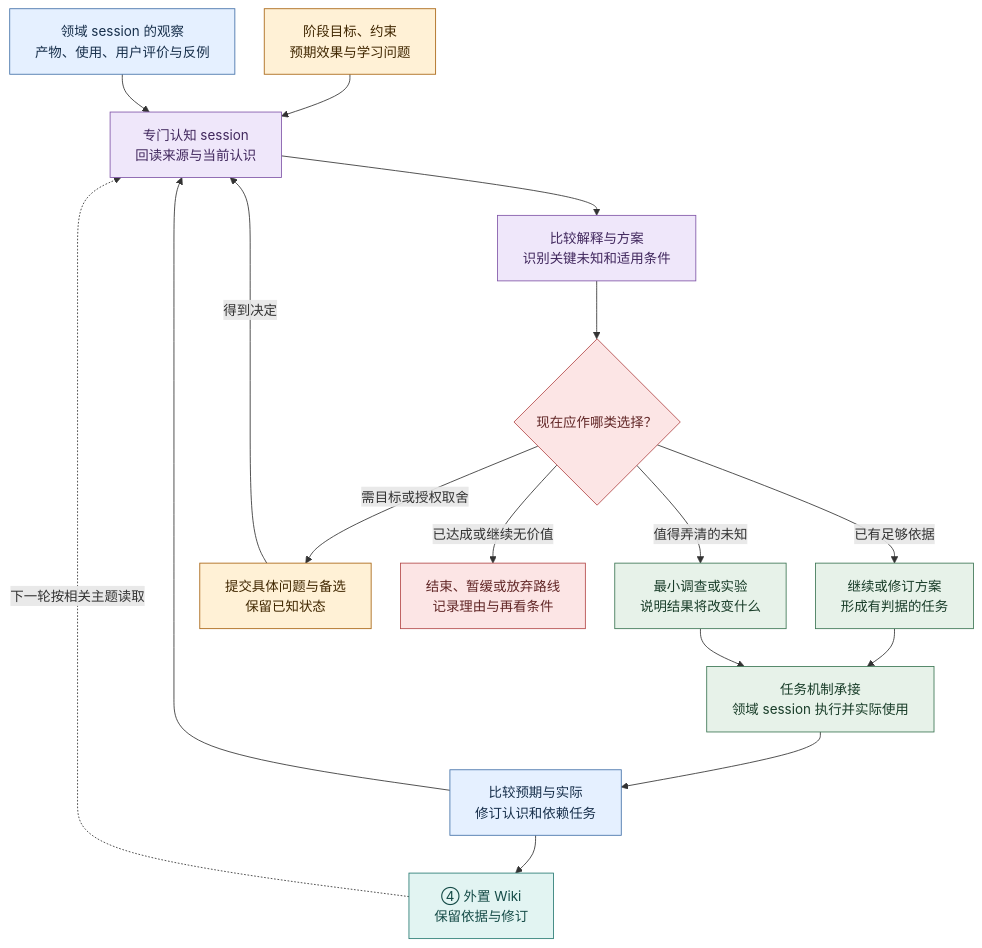
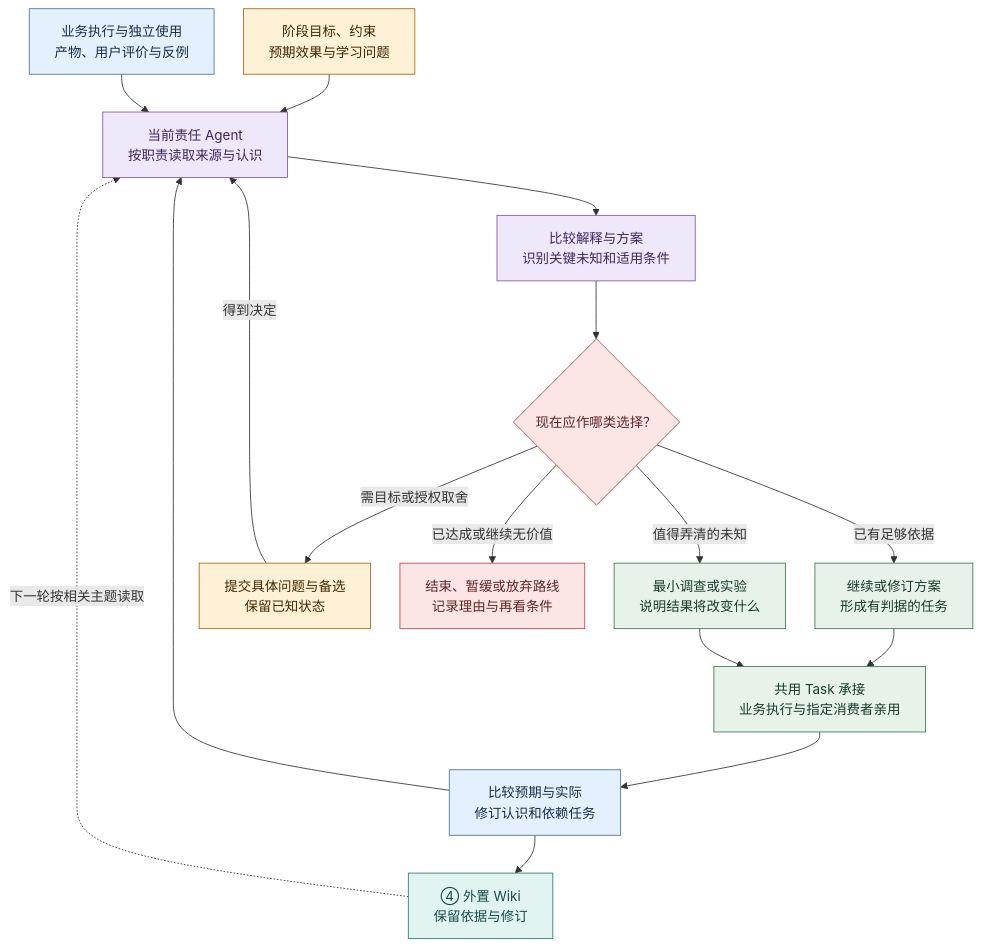
The first of 3 diagrams in docs/product/agent-loop.md (cyl19970726/evoLoop), drawn with Mermaid before and after one commit. The commit also changed other lines of this file and 27 other files, not shown here.

````diff
--- a/docs/product/agent-loop.md
+++ b/docs/product/agent-loop.md
@@ -30,25 +30,25 @@
 ```mermaid
 %%{init: {"flowchart":{"wrappingWidth":260,"nodeSpacing":35,"rankSpacing":45}}}%%
 flowchart TB
-  G["阶段目标、约束<br/>预期效果与学习问题"]:::goal --> R["专门认知 session<br/>回读来源与当前认识"]:::cognition
-  O["领域 session 的观察<br/>产物、使用、用户评价与反例"]:::evidence --> R
+  G["阶段目标、约束<br/>预期效果与学习问题"]:::goal --> R["当前责任 Agent<br/>按职责读取来源与认识"]:::cognition
+  O["业务执行与独立使用<br/>产物、用户评价与反例"]:::evidence --> R
   R --> H["比较解释与方案<br/>识别关键未知和适用条件"]:::cognition
   H --> D{"现在应作哪类选择？"}:::decision
   D -->|已有足够依据| A["继续或修订方案<br/>形成有判据的任务"]:::action
   D -->|值得弄清的未知| X["最小调查或实验<br/>说明结果将改变什么"]:::action
   D -->|需目标或授权取舍| U["提交具体问题与备选<br/>保留已知状态"]:::goal
   D -->|已达成或继续无价值| S["结束、暂缓或放弃路线<br/>记录理由与再看条件"]:::decision
-  A --> T["任务机制承接<br/>领域 session 执行并实际使用"]:::action
+  A --> T["共用 Task 承接<br/>业务执行与指定消费者亲用"]:::action
   X --> T
   U -->|得到决定| R
   T --> F["比较预期与实际<br/>修订认识和依赖任务"]:::evidence
   F --> R
   F --> K["④ 外置 Wiki<br/>保留依据与修订"]:::knowledge
   K -.->|下一轮按相关主题读取| R
   classDef goal fill:#FFF1D6,stroke:#A86412,color:#402700
   classDef cognition fill:#EFE7FA,stroke:#8056A8,color:#40275D
   classDef evidence fill:#E5F0FF,stroke:#4270A8,color:#172F4B
   classDef action fill:#E7F2E9,stroke:#3C7654,color:#183C28
   classDef decision fill:#FCE5E5,stroke:#B44949,color:#612626
   classDef knowledge fill:#E2F4F2,stroke:#297A73,color:#154B47
 ```
````
